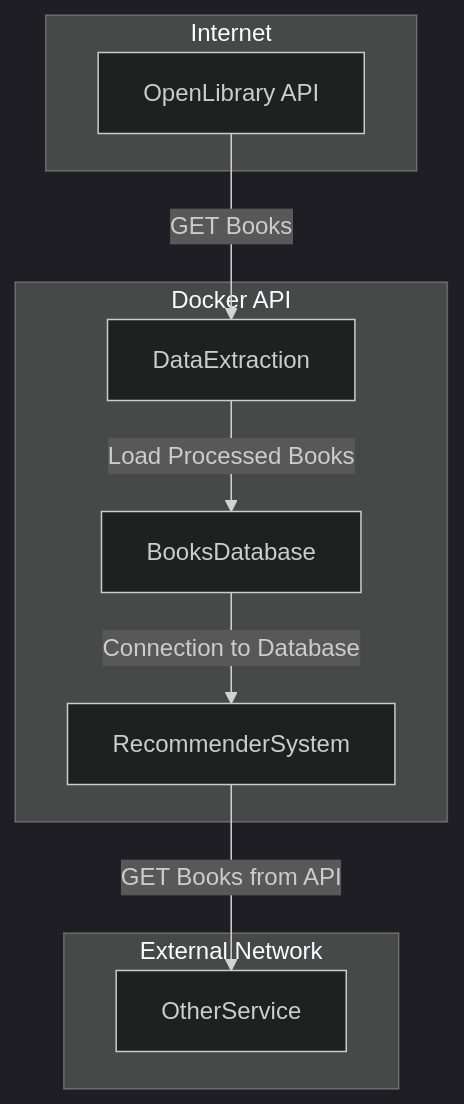
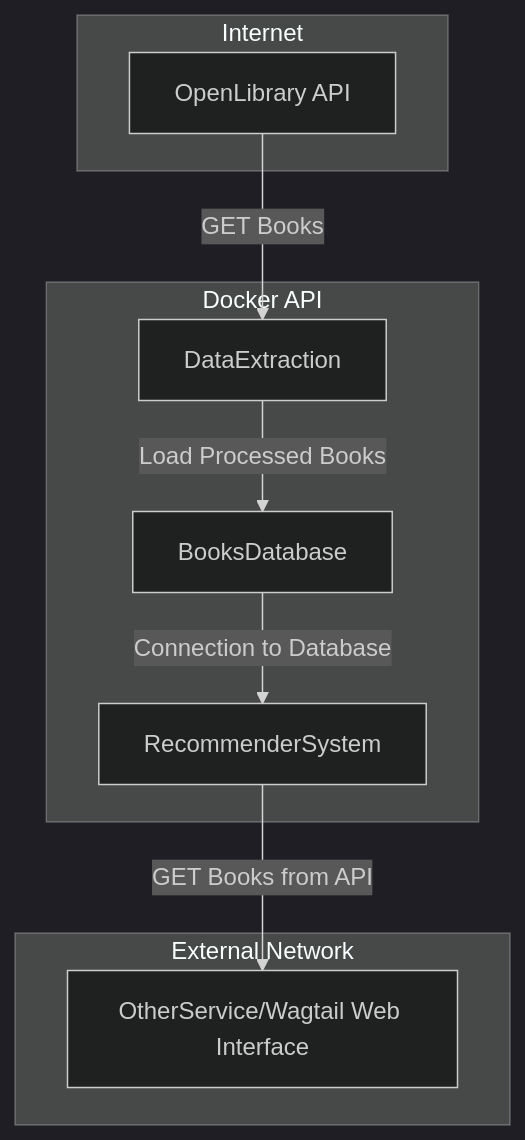
The diagram in README.md (alexisuaguilaru/BookExplorer), drawn with Mermaid (dark theme) before and after one commit. The commit also changed other lines of this file, not shown here.

````diff
--- a/README.md
+++ b/README.md
@@ -96,20 +96,20 @@
 ```mermaid
 flowchart TD
     subgraph int [Internet];
     OL[OpenLibrary API];
     end;
 
     subgraph doc [Docker API];
     OL-->|GET Books|DE;
     DE[DataExtraction];
     DE-->|Load Processed Books|MDB;
     MDB[BooksDatabase];
     MDB-->|Connection to Database|API;
     API[RecommenderSystem];
     end;
 
     subgraph other [External Network];
     API-->|GET Books from API|OS;
-    OS[OtherService];
+    OS[OtherService/Wagtail Web Interface];
     end;
 ```
````
